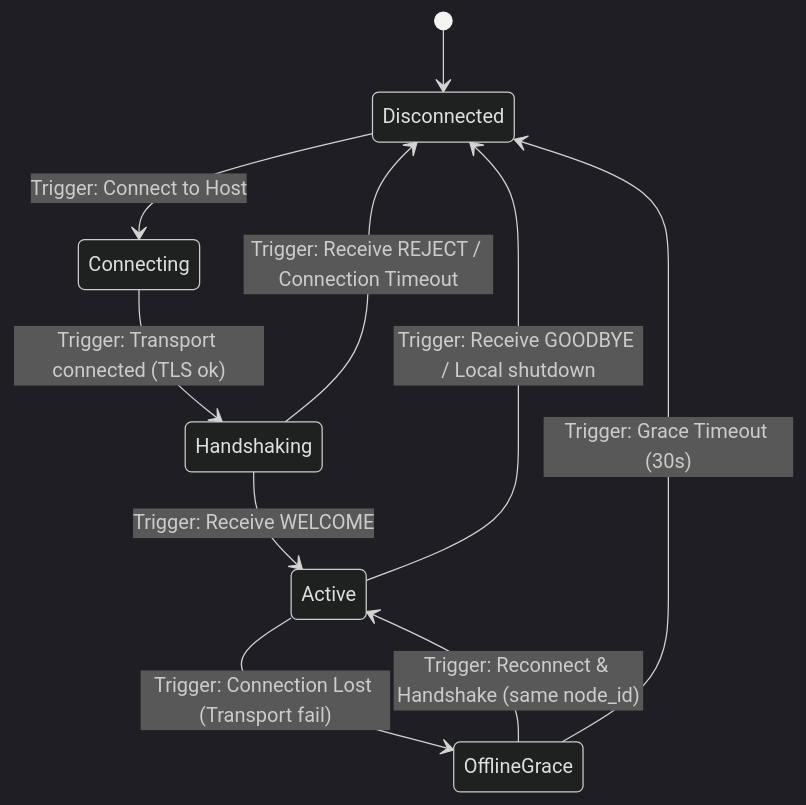
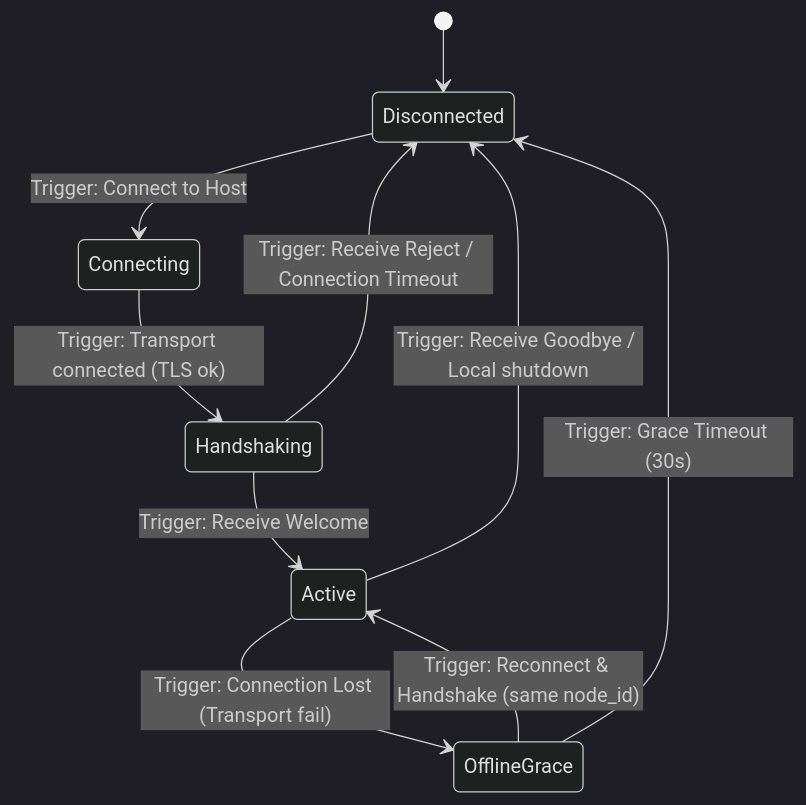
The first of 3 diagrams in docs/STATE.md (Jitpomi/knot-protocol), drawn with Mermaid (dark theme) before and after one commit. The commit also changed other lines of this file and 1 other file, not shown here.

Commit message:
docs: align SPEC.md and STATE.md with Knot v1 message casing

````diff
--- a/docs/STATE.md
+++ b/docs/STATE.md
@@ -11,12 +11,12 @@
 ```mermaid
 stateDiagram-v2
     [*] --> Disconnected
     Disconnected --> Connecting : Trigger: Connect to Host
     Connecting --> Handshaking : Trigger: Transport connected (TLS ok)
-    Handshaking --> Active : Trigger: Receive WELCOME
-    Handshaking --> Disconnected : Trigger: Receive REJECT / Connection Timeout
+    Handshaking --> Active : Trigger: Receive Welcome
+    Handshaking --> Disconnected : Trigger: Receive Reject / Connection Timeout
     Active --> OfflineGrace : Trigger: Connection Lost (Transport fail)
     OfflineGrace --> Active : Trigger: Reconnect & Handshake (same node_id)
     OfflineGrace --> Disconnected : Trigger: Grace Timeout (30s)
-    Active --> Disconnected : Trigger: Receive GOODBYE / Local shutdown
+    Active --> Disconnected : Trigger: Receive Goodbye / Local shutdown
 ```
````
